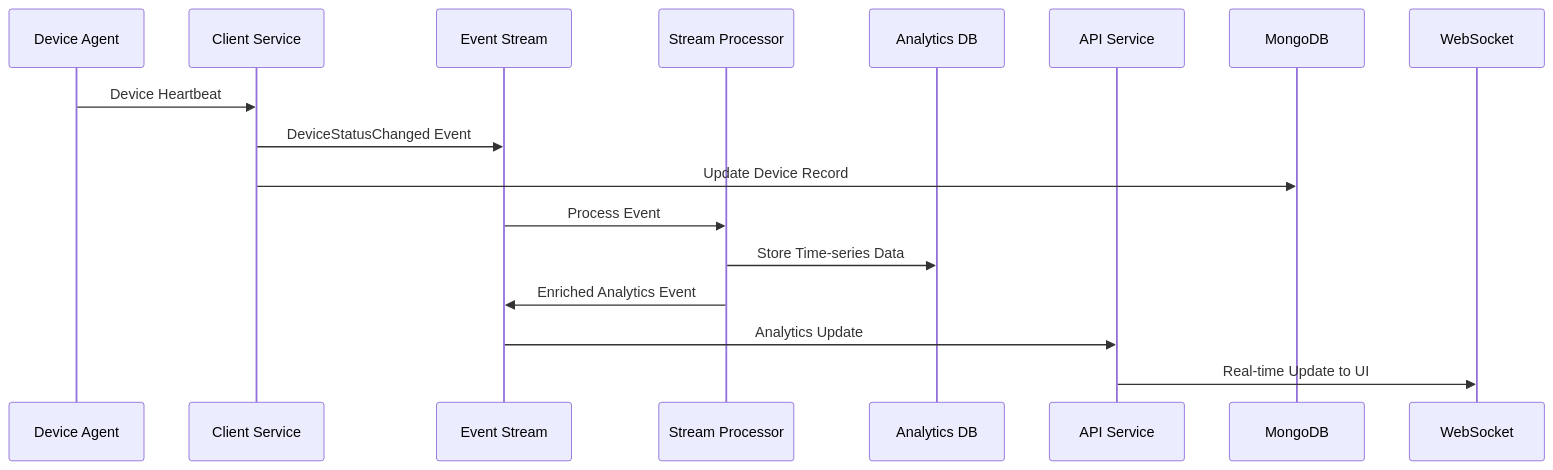
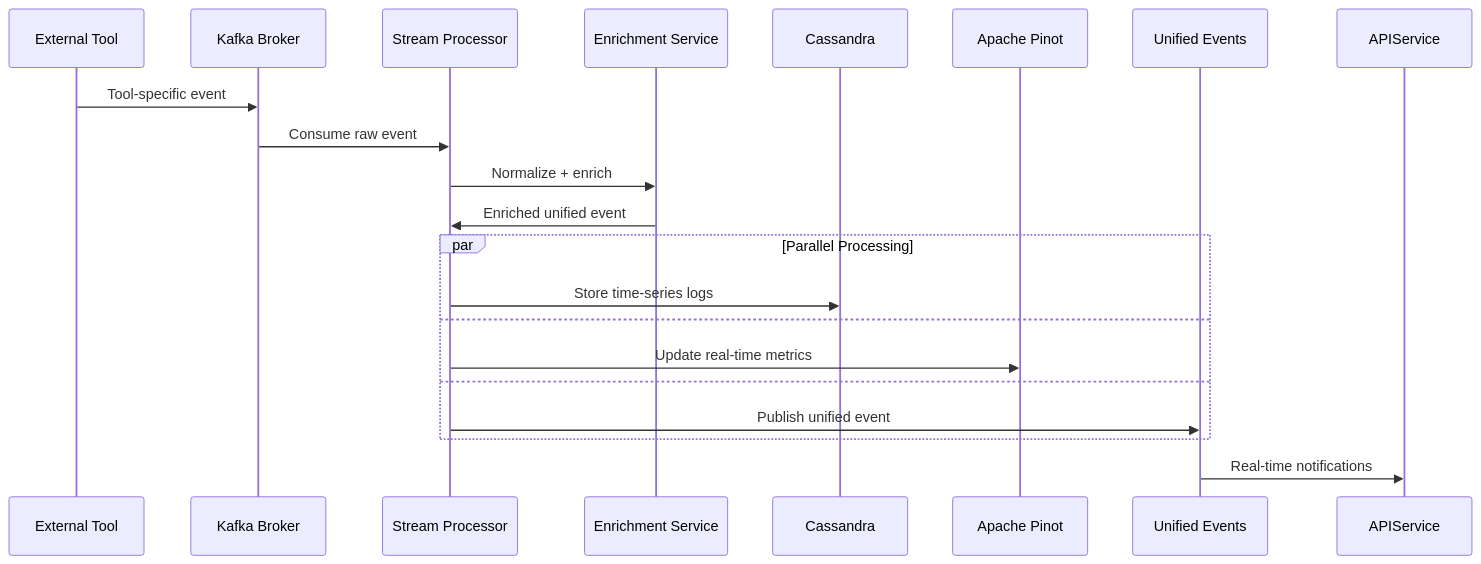
One commit to flamingo-stack/openframe-oss-lib changed the eighth of 10 diagrams in docs/development/architecture/README.md. Above: the diagram before and after it, drawn with Mermaid. The commit also changed other lines of this file and 172 other files, not shown here.

````diff
--- a/docs/development/architecture/README.md
+++ b/docs/development/architecture/README.md
@@ -194,20 +388,25 @@
 ```mermaid
 sequenceDiagram
-    participant Agent as Device Agent
-    participant Client as Client Service
-    participant Kafka as Event Stream
+    participant Tool as External Tool
+    participant Kafka as Kafka Broker
     participant Stream as Stream Processor
-    participant Analytics as Analytics DB
-    participant API as API Service
+    participant Enrich as Enrichment Service
+    participant Cassandra as Cassandra
+    participant Pinot as Apache Pinot
+    participant UnifiedTopic as Unified Events
 
-    Agent->>Client: Device Heartbeat
-    Client->>Kafka: DeviceStatusChanged Event
-    Client->>MongoDB: Update Device Record
+    Tool->>Kafka: Tool-specific event
+    Kafka->>Stream: Consume raw event
+    Stream->>Enrich: Normalize + enrich
+    Enrich->>Stream: Enriched unified event
     
-    Kafka->>Stream: Process Event
-    Stream->>Analytics: Store Time-series Data
-    Stream->>Kafka: Enriched Analytics Event
+    par Parallel Processing
+        Stream->>Cassandra: Store time-series logs
+    and
+        Stream->>Pinot: Update real-time metrics
+    and
+        Stream->>UnifiedTopic: Publish unified event
+    end
     
-    Kafka->>API: Analytics Update
-    API->>WebSocket: Real-time Update to UI
+    UnifiedTopic->>APIService: Real-time notifications
 ```
````
